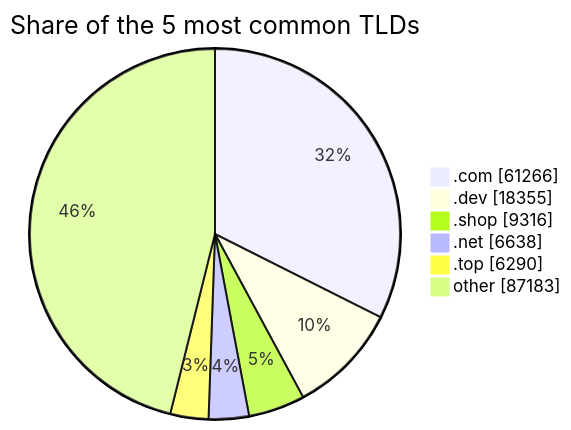
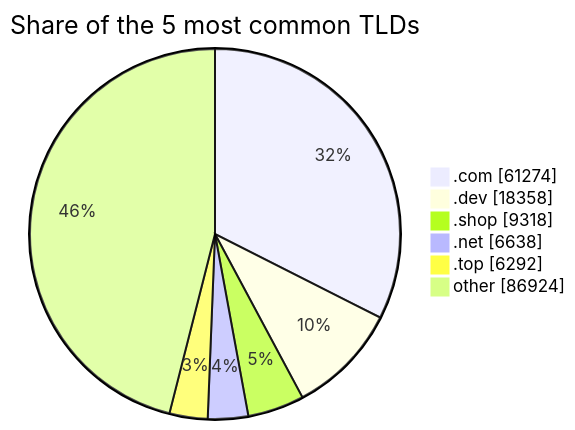
Before and after one commit to DNSBunker/CTI: the third of 3 diagrams in README.md, drawn with Mermaid. The commit also changed other lines of this file and 3 other files, not shown here.

````diff
--- a/README.md
+++ b/README.md
@@ -81,9 +81,9 @@
 ```mermaid
 pie showData title Share of the 5 most common TLDs
-    ".com" : 61266
-    ".dev" : 18355
-    ".shop" : 9316
+    ".com" : 61274
+    ".dev" : 18358
+    ".shop" : 9318
     ".net" : 6638
-    ".top" : 6290
-    "other" : 87183
+    ".top" : 6292
+    "other" : 86924
 ```
````
